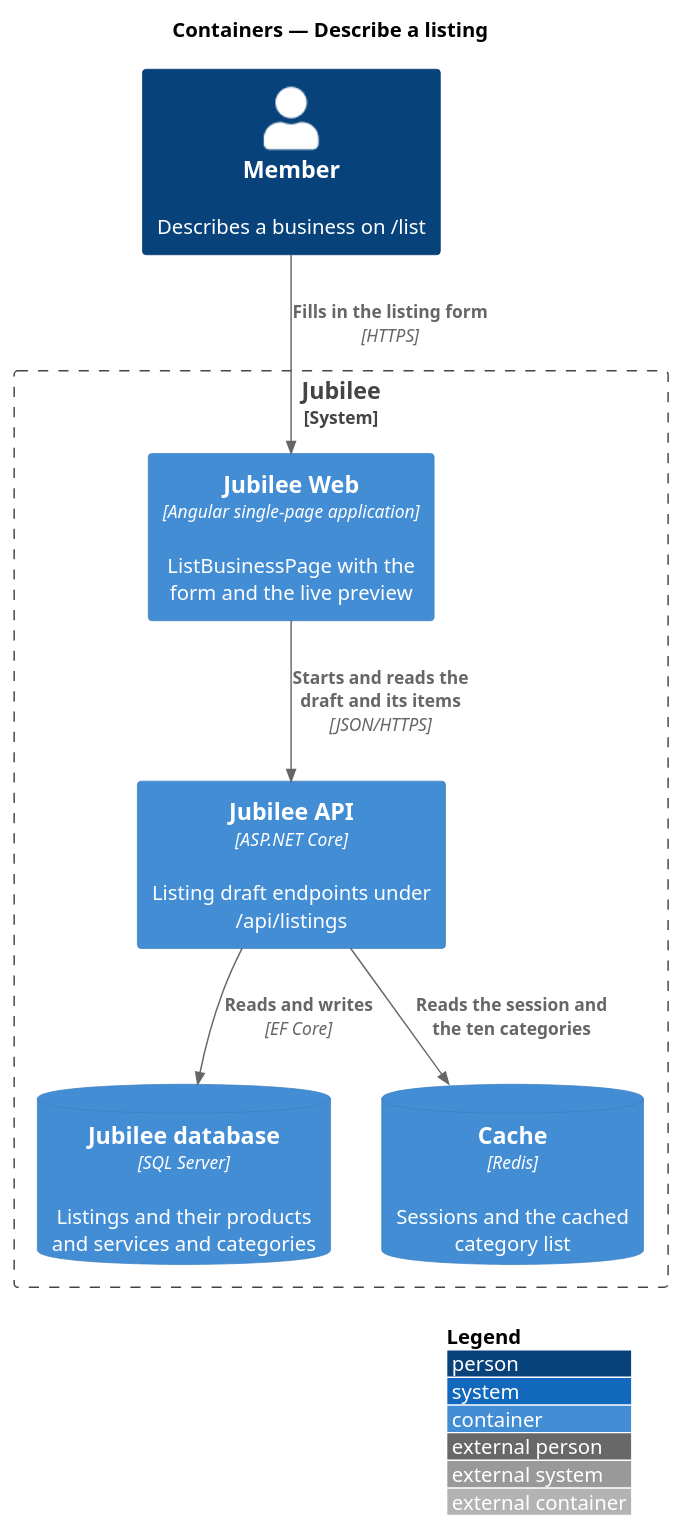
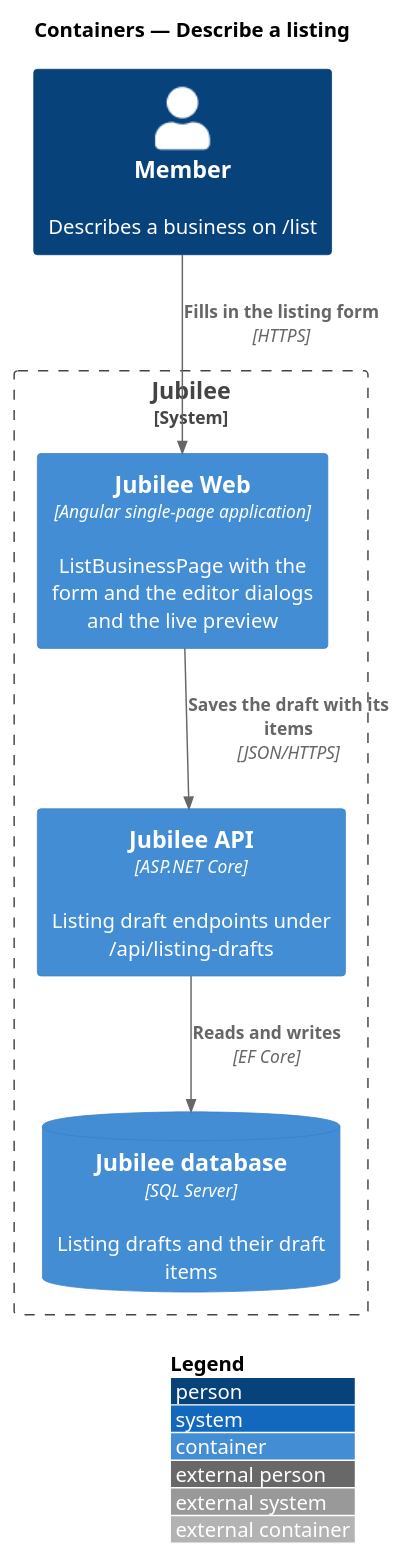
Before and after one commit to QuinntyneBrown/jubilee: the diagram in docs/detailed-designs/onboarding/describe-listing/diagrams/c4-container.puml, drawn with PlantUML. The commit also changed 43 other files, not shown here.

```diff
--- a/docs/detailed-designs/onboarding/describe-listing/diagrams/c4-container.puml
+++ b/docs/detailed-designs/onboarding/describe-listing/diagrams/c4-container.puml
@@ -1,17 +1,15 @@
 @startuml
 !include <C4/C4_Container>
 LAYOUT_WITH_LEGEND()
 title Containers — Describe a listing
 
 Person(member, "Member", "Describes a business on /list")
 System_Boundary(jubilee, "Jubilee") {
-  Container(web, "Jubilee Web", "Angular single-page application", "ListBusinessPage with the form and the live preview")
-  Container(api, "Jubilee API", "ASP.NET Core", "Listing draft endpoints under /api/listings")
-  ContainerDb(db, "Jubilee database", "SQL Server", "Listings and their products and services and categories")
-  ContainerDb(cache, "Cache", "Redis", "Sessions and the cached category list")
+  Container(web, "Jubilee Web", "Angular single-page application", "ListBusinessPage with the form and the editor dialogs and the live preview")
+  Container(api, "Jubilee API", "ASP.NET Core", "Listing draft endpoints under /api/listing-drafts")
+  ContainerDb(db, "Jubilee database", "SQL Server", "Listing drafts and their draft items")
 }
 Rel(member, web, "Fills in the listing form", "HTTPS")
-Rel(web, api, "Starts and reads the draft and its items", "JSON/HTTPS")
+Rel(web, api, "Saves the draft with its items", "JSON/HTTPS")
 Rel(api, db, "Reads and writes", "EF Core")
-Rel(api, cache, "Reads the session and the ten categories")
 @enduml
```
